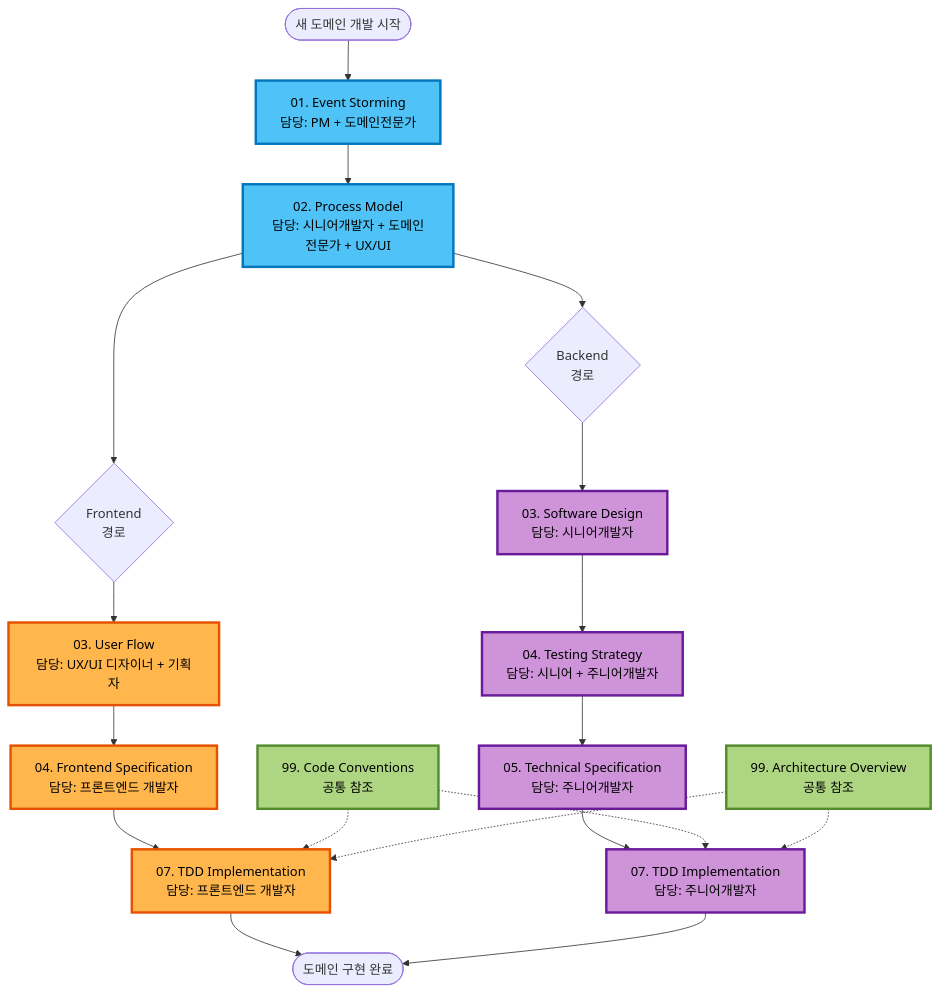
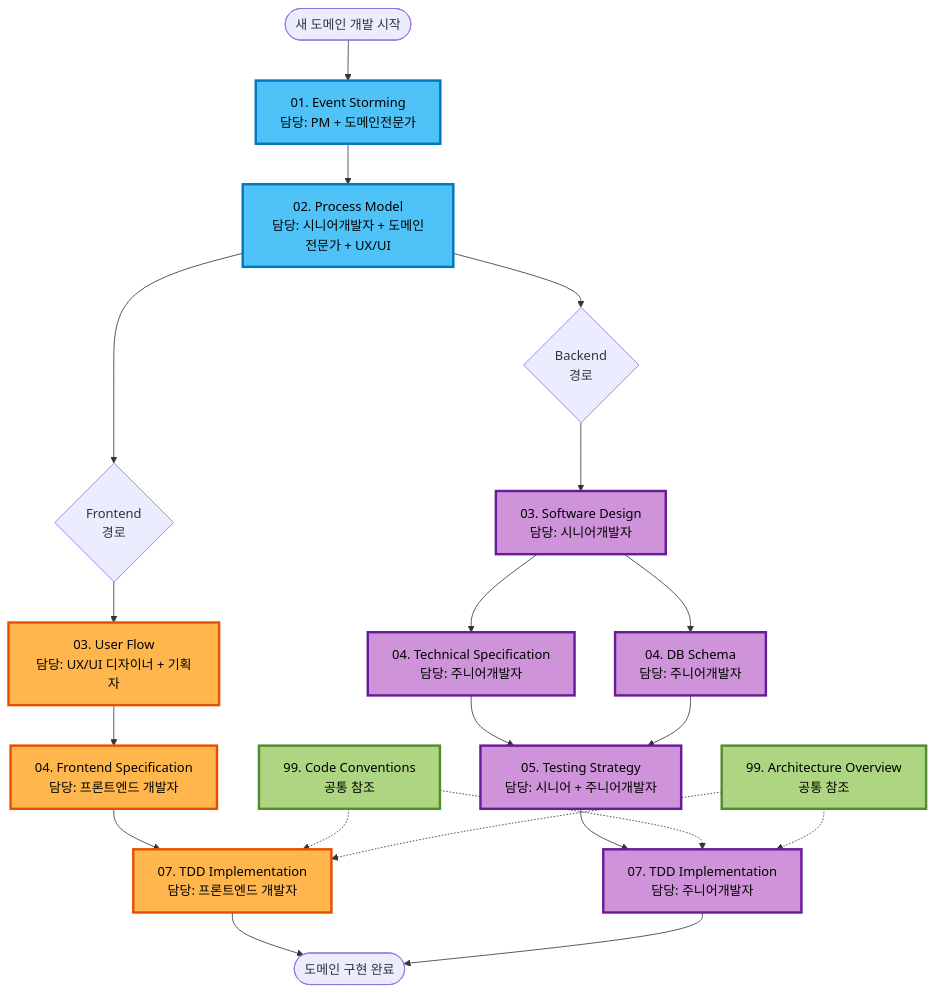
Before and after one commit to tyohnn/ssota-canvas: the diagram in docs/event-domain-design/README.md, drawn with Mermaid. The commit also changed other lines of this file and 10 other files, not shown here.

````diff
--- a/docs/event-domain-design/README.md
+++ b/docs/event-domain-design/README.md
@@ -9,42 +9,44 @@
 ```mermaid
 graph TD
     %% 공통 단계
     Start([새 도메인 개발 시작]) --> ES[01. Event Storming<br/>담당: PM + 도메인전문가]
     ES --> PM[02. Process Model<br/>담당: 시니어개발자 + 도메인전문가 + UX/UI]
     
     %% 병렬 분기
     PM --> Frontend{Frontend<br/>경로}
     PM --> Backend{Backend<br/>경로}
     
     %% Frontend 경로
     Frontend --> UF[03. User Flow<br/>담당: UX/UI 디자이너 + 기획자]
     UF --> FS[04. Frontend Specification<br/>담당: 프론트엔드 개발자]
     FS --> FTDD[07. TDD Implementation<br/>담당: 프론트엔드 개발자]
     
     %% Backend 경로
     Backend --> SD[03. Software Design<br/>담당: 시니어개발자]
-    SD --> TS[04. Testing Strategy<br/>담당: 시니어 + 주니어개발자]
-    TS --> TechSpec[05. Technical Specification<br/>담당: 주니어개발자]
-    TechSpec --> BTDD[07. TDD Implementation<br/>담당: 주니어개발자]
+    SD --> TechSpec[04. Technical Specification<br/>담당: 주니어개발자]
+    SD --> DBSchema[04. DB Schema<br/>담당: 주니어개발자]
+    TechSpec --> TS[05. Testing Strategy<br/>담당: 시니어 + 주니어개발자]
+    DBSchema --> TS
+    TS --> BTDD[07. TDD Implementation<br/>담당: 주니어개발자]
     
     %% 공통 참조
     CC[99. Code Conventions<br/>공통 참조] -.-> FTDD
     CC -.-> BTDD
     AO[99. Architecture Overview<br/>공통 참조] -.-> FTDD
     AO -.-> BTDD
     
     %% 완료
     FTDD --> Complete([도메인 구현 완료])
     BTDD --> Complete
     
     %% 스타일 (다크모드 최적화)
     classDef commonStep fill:#4fc3f7,stroke:#0277bd,stroke-width:3px,color:#000
     classDef frontendStep fill:#ffb74d,stroke:#e65100,stroke-width:3px,color:#000
     classDef backendStep fill:#ce93d8,stroke:#6a1b9a,stroke-width:3px,color:#000
     classDef referenceStep fill:#aed581,stroke:#558b2f,stroke-width:3px,color:#000
     
     class ES,PM commonStep
     class UF,FS,FTDD frontendStep
-    class SD,TS,TechSpec,BTDD backendStep
+    class SD,TS,TechSpec,DBSchema,BTDD backendStep
     class CC,AO referenceStep
 ```
````
